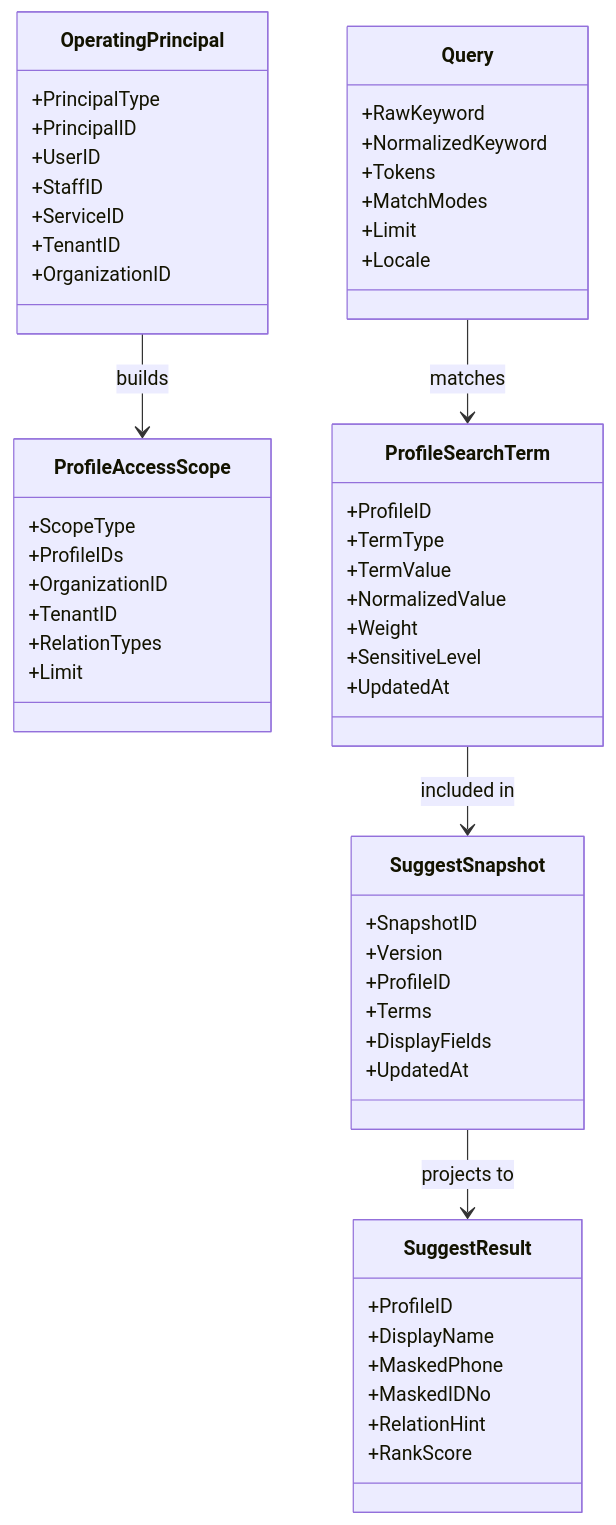
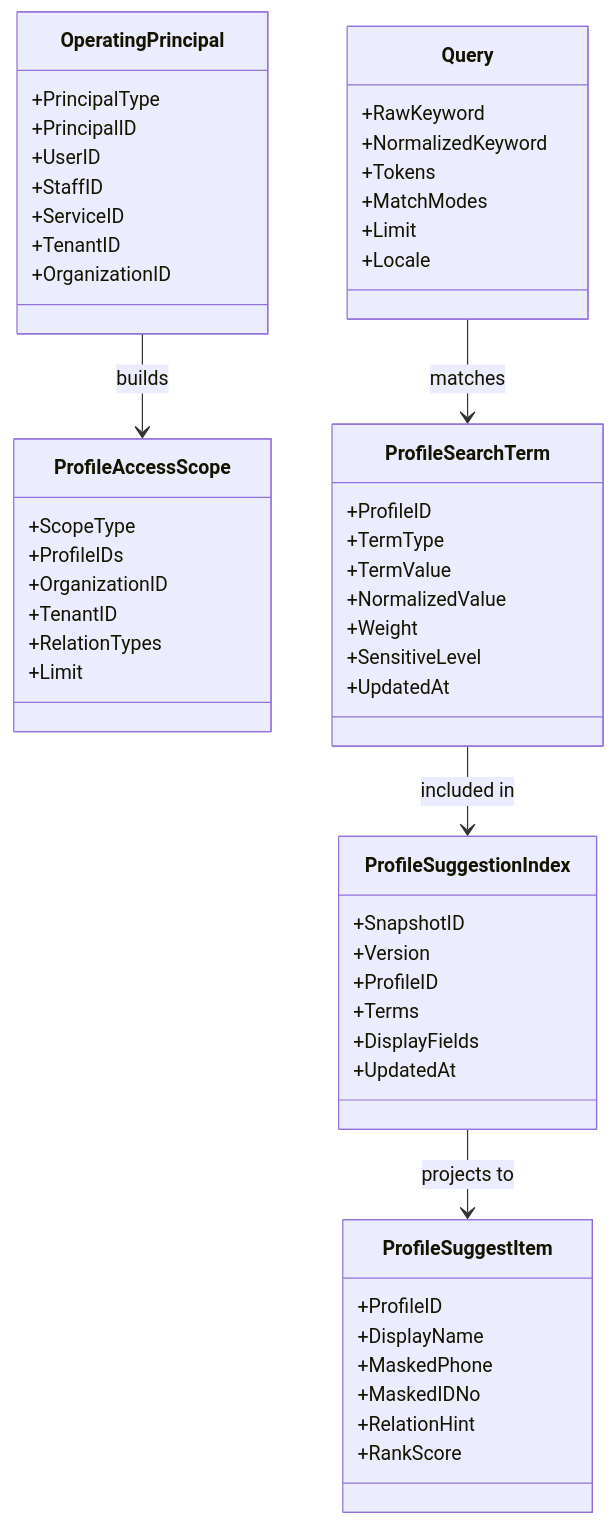
Before and after one commit to FangcunMount/iam: the second of 3 diagrams in docs/02-业务模块/05-Suggest/01-领域模型-ProfileSearchTerm-ProfileAccessScope-Snapshot.md, drawn with Mermaid. The commit also changed other lines of this file and 45 other files, not shown here.

````diff
--- a/docs/02-业务模块/05-Suggest/01-领域模型-ProfileSearchTerm-ProfileAccessScope-Snapshot.md
+++ b/docs/02-业务模块/05-Suggest/01-领域模型-ProfileSearchTerm-ProfileAccessScope-Snapshot.md
@@ -139,63 +139,63 @@
 ```mermaid
 classDiagram
     class OperatingPrincipal {
         +PrincipalType
         +PrincipalID
         +UserID
         +StaffID
         +ServiceID
         +TenantID
         +OrganizationID
     }
 
     class ProfileAccessScope {
         +ScopeType
         +ProfileIDs
         +OrganizationID
         +TenantID
         +RelationTypes
         +Limit
     }
 
     class Query {
         +RawKeyword
         +NormalizedKeyword
         +Tokens
         +MatchModes
         +Limit
         +Locale
     }
 
     class ProfileSearchTerm {
         +ProfileID
         +TermType
         +TermValue
         +NormalizedValue
         +Weight
         +SensitiveLevel
         +UpdatedAt
     }
 
-    class SuggestSnapshot {
+    class ProfileSuggestionIndex {
         +SnapshotID
         +Version
         +ProfileID
         +Terms
         +DisplayFields
         +UpdatedAt
     }
 
-    class SuggestResult {
+    class ProfileSuggestItem {
         +ProfileID
         +DisplayName
         +MaskedPhone
         +MaskedIDNo
         +RelationHint
         +RankScore
     }
 
     OperatingPrincipal --> ProfileAccessScope : builds
     Query --> ProfileSearchTerm : matches
-    ProfileSearchTerm --> SuggestSnapshot : included in
-    SuggestSnapshot --> SuggestResult : projects to
+    ProfileSearchTerm --> ProfileSuggestionIndex : included in
+    ProfileSuggestionIndex --> ProfileSuggestItem : projects to
 ```
````
